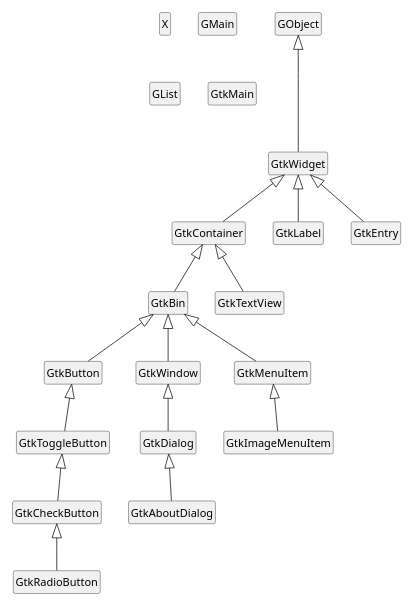
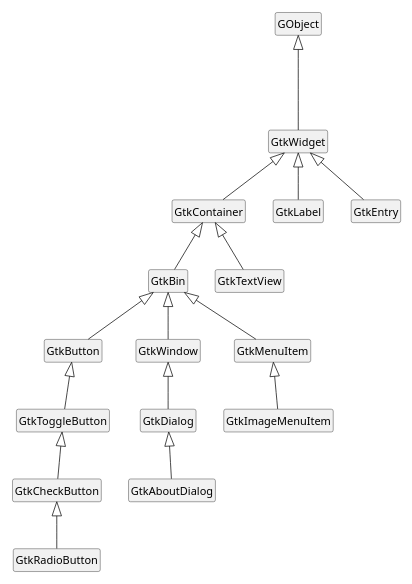
Before and after one commit to MARTIMM/gtk-v3: the first of 2 diagrams in doc/Design.md, drawn with PlantUML.

Commit message:
design notes

````diff
--- a/doc/Design.md
+++ b/doc/Design.md
@@ -6,78 +6,64 @@
 ```plantuml
 scale 0.7
 hide members
 hide circle
 
 'class Gui
 'class GSignal
 'GSignal <|-- GtkWidget
 'X <-* Gui
 
-
-class X
-
-class GMain
-class GList
-
-'class GdkScreen
-'class GdkDisplay
-'class GdkWindow
-
-class GtkMain
-'class GtkCssProvider
-'class GtkTextBuffer
-'class GtkBuilder
 
 class GObject
 
 class GtkWidget
 
 class GtkBin
 class GtkContainer
 class GtkTextView
 
 class GtkLabel
 
 class GtkButton
 class GtkToggleButton
 class GtkCheckButton
 class GtkRadioButton
 
 class GtkWindow
 class GtkDialog
 class GtkAboutDialog
 
 GtkBin <|-- GtkButton
 GtkButton <|-- GtkToggleButton
 GtkToggleButton <|-- GtkCheckButton
 GtkCheckButton <|-- GtkRadioButton
 
 GtkBin <|-- GtkWindow
 GtkWindow <|-- GtkDialog
 GtkDialog <|-- GtkAboutDialog
 
 GtkWidget <|-- GtkLabel
 GtkWidget <|-- GtkEntry
 
 GtkContainer <|-- GtkBin
 GtkContainer <|-- GtkTextView
 GtkWidget <|-- GtkContainer
 'GtkBin --* GtkButton
 
 'GdkScreen <---o GtkWidget
 'GdkDisplay <---o GtkWidget
 'GdkWindow <---o GtkWidget
 
 GObject <|--- GtkWidget
 'GObject <|--- GtkBuilder
 'GObject <|--- GtkTextBuffer
 'GObject <|--- GtkCssProvider
 
 'GObject <|--- GdkScreen
 'GObject <|--- GdkWindow
 'GObject <|--- GdkDisplay
 
 GtkBin <|-- GtkMenuItem
 GtkMenuItem <|-- GtkImageMenuItem
 
 ```
````
